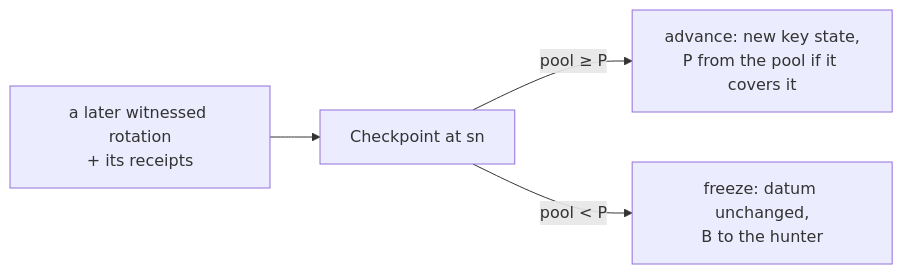
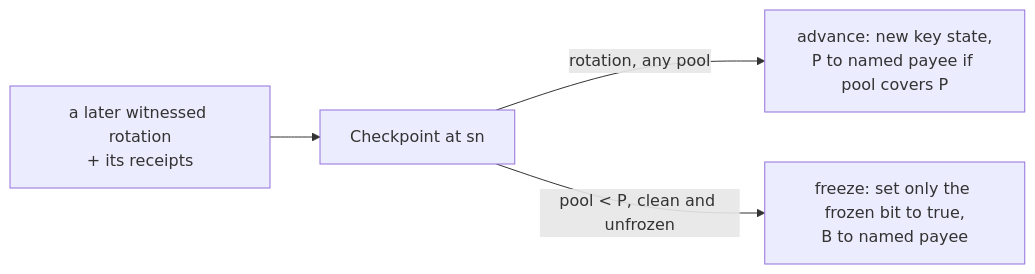
The fifth of 6 diagrams in docs/architecture/system.md (lambdasistemi/cardano-keri), drawn with Mermaid before and after one commit. The commit also changed other lines of this file and 64 other files, not shown here.

First line of the commit message:
docs: align the design and architecture pages with the accepted model

````diff
--- a/docs/architecture/system.md
+++ b/docs/architecture/system.md
@@ -146,11 +141,11 @@
 ```mermaid
 flowchart LR
     P["Checkpoint at sn"]
     EV["a later witnessed rotation<br/>+ its receipts"]
-    ADV["advance: new key state,<br/>P from the pool if it covers it"]
-    FRZ["freeze: datum unchanged,<br/>B to the hunter"]
+    ADV["advance: new key state,<br/>P to named payee if pool covers P"]
+    FRZ["freeze: set only the frozen bit to true,<br/>B to named payee"]
 
     EV --> P
-    P -->|"pool ≥ P"| ADV
-    P -->|"pool < P"| FRZ
+    P -->|"rotation, any pool"| ADV
+    P -->|"pool < P, clean and unfrozen"| FRZ
 ```
````
